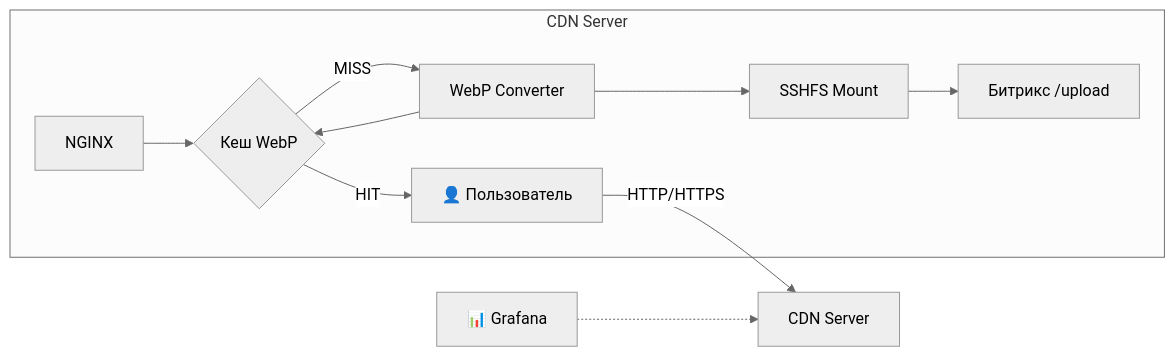
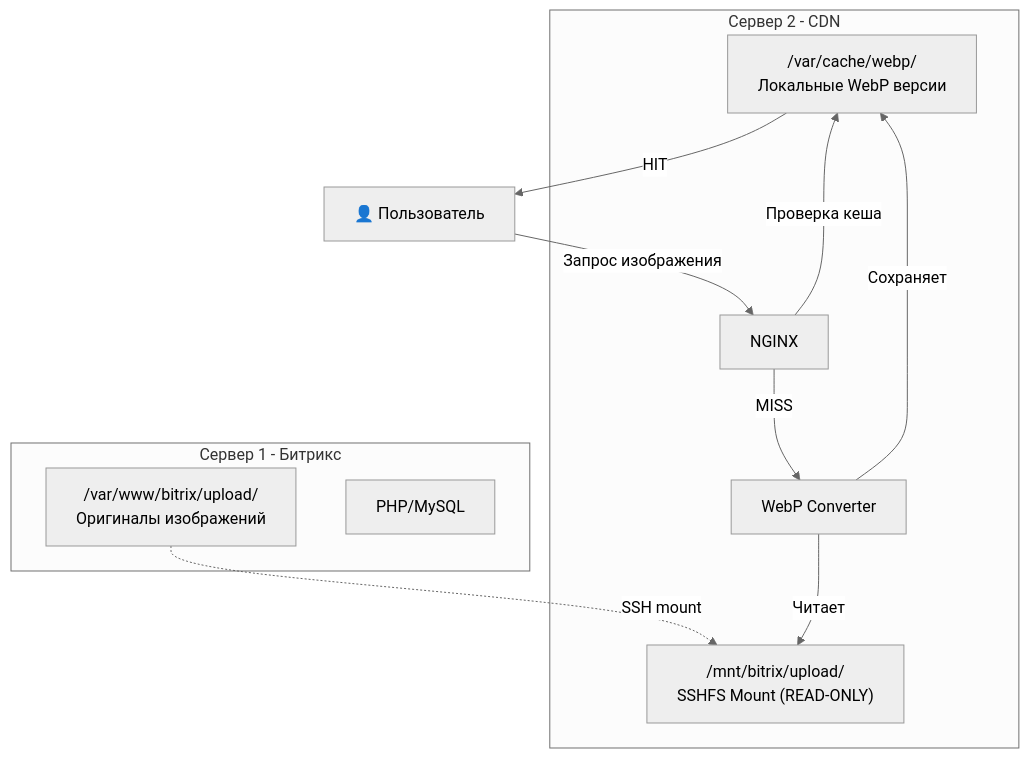
One commit to AAChibilyaev/bitrix-cdn-server changed the diagram in README.md. Above: the diagram before and after it, drawn with Mermaid (neutral theme). The commit also changed other lines of this file and 20 other files, not shown here.

First line of the commit message:
Enhance Bitrix CDN Server configuration and documentation

````diff
--- a/README.md
+++ b/README.md
@@ -46,15 +52,24 @@
 ```mermaid
-graph LR
-    User[👤 Пользователь] -->|HTTP/HTTPS| CDN[CDN Server]
-    
-    subgraph CDN Server
-        NGINX[NGINX] --> Cache{Кеш WebP}
-        Cache -->|HIT| User
-        Cache -->|MISS| Converter[WebP Converter]
-        Converter --> Mount[SSHFS Mount]
-        Mount --> Bitrix[Битрикс /upload]
-        Converter --> Cache
+graph TB
+    subgraph "Сервер 1 - Битрикс"
+        Upload["/var/www/bitrix/upload/<br/>Оригиналы изображений"]
+        PHP[PHP/MySQL]
     end
     
-    Monitoring[📊 Grafana] -.-> CDN
+    subgraph "Сервер 2 - CDN"
+        Mount["/mnt/bitrix/upload/<br/>SSHFS Mount (READ-ONLY)"]
+        WebPCache["/var/cache/webp/<br/>Локальные WebP версии"]
+        NGINX[NGINX]
+        Converter[WebP Converter]
+    end
+    
+    User[👤 Пользователь]
+    
+    Upload -.->|SSH mount| Mount
+    User -->|Запрос изображения| NGINX
+    NGINX -->|Проверка кеша| WebPCache
+    WebPCache -->|HIT| User
+    NGINX -->|MISS| Converter
+    Converter -->|Читает| Mount
+    Converter -->|Сохраняет| WebPCache
 ```
````
